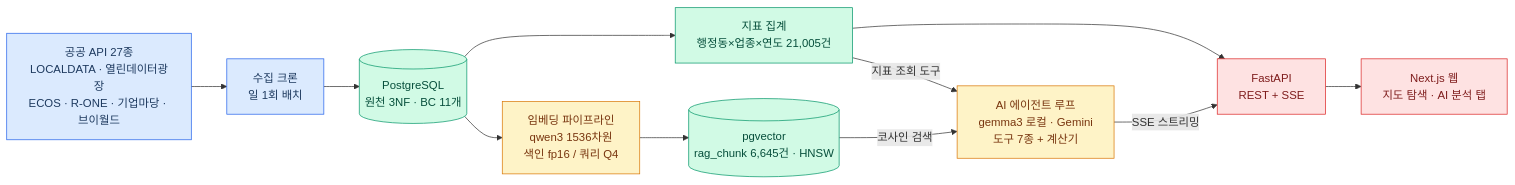
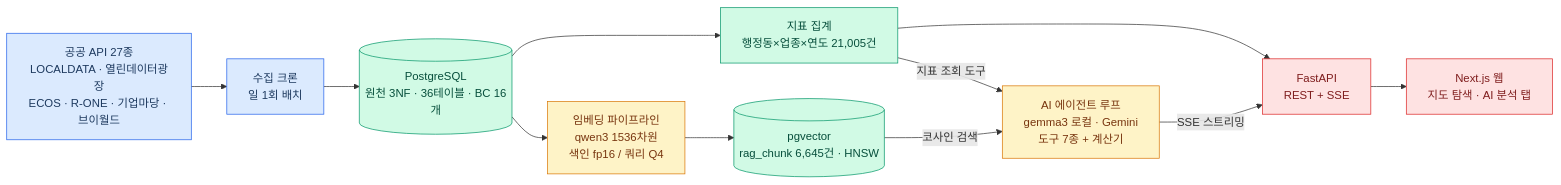
Before and after one commit to beyondfacade/metabole.beyondfacade.cloud: the first of 2 diagrams in jekyll/deliverables/high-level-design.md, drawn with Mermaid. The commit also changed 7 other files, not shown here.

First line of the commit message:
문서 사이트 갱신 (09.25 기준): 개발 일지 09.23~09.25 · ERD 36테이블 · 산출물/스프린트 현황

````diff
--- a/jekyll/deliverables/high-level-design.md
+++ b/jekyll/deliverables/high-level-design.md
@@ -19,26 +19,26 @@
 ```mermaid
 flowchart LR
   classDef ingest fill:#dbeafe,stroke:#2563eb,color:#1e3a5f
   classDef data fill:#d1fae5,stroke:#059669,color:#064e3b
   classDef ai fill:#fef3c7,stroke:#d97706,color:#78350f
   classDef serve fill:#fee2e2,stroke:#dc2626,color:#7f1d1d
 
   A1[공공 API 27종<br>LOCALDATA · 열린데이터광장<br>ECOS · R-ONE · 기업마당 · 브이월드]:::ingest
   A2[수집 크론<br>일 1회 배치]:::ingest
-  B1[(PostgreSQL<br>원천 3NF · BC 11개)]:::data
+  B1[(PostgreSQL<br>원천 3NF · 36테이블 · BC 16개)]:::data
   B2[지표 집계<br>행정동×업종×연도 21,005건]:::data
   B3[(pgvector<br>rag_chunk 6,645건 · HNSW)]:::data
   C1[임베딩 파이프라인<br>qwen3 1536차원<br>색인 fp16 / 쿼리 Q4]:::ai
   C2[AI 에이전트 루프<br>gemma3 로컬 · Gemini<br>도구 7종 + 계산기]:::ai
   D1[FastAPI<br>REST + SSE]:::serve
   D2[Next.js 웹<br>지도 탐색 · AI 분석 탭]:::serve
 
   A1 --> A2 --> B1
   B1 --> B2
   B1 --> C1 --> B3
   B2 --> D1
   B3 -->|"코사인 검색"| C2
   B2 -->|"지표 조회 도구"| C2
   C2 -->|"SSE 스트리밍"| D1
   D1 --> D2
 ```
````
